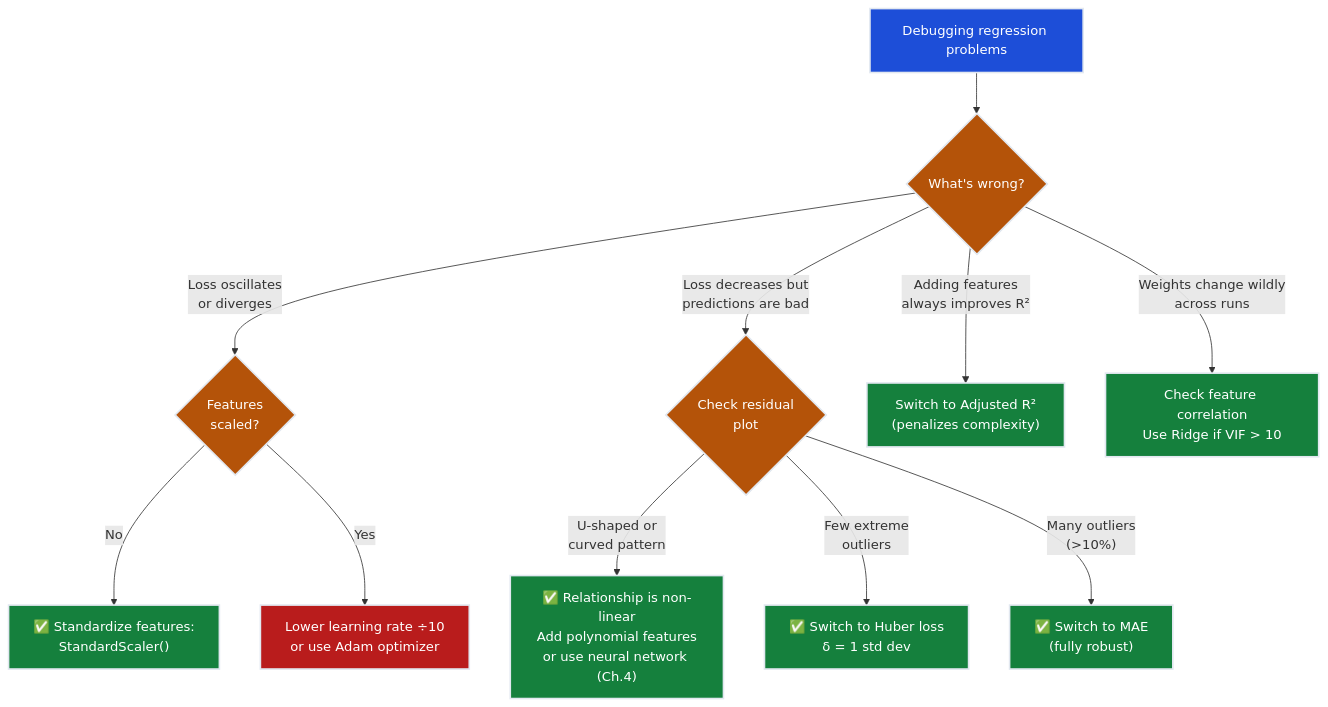
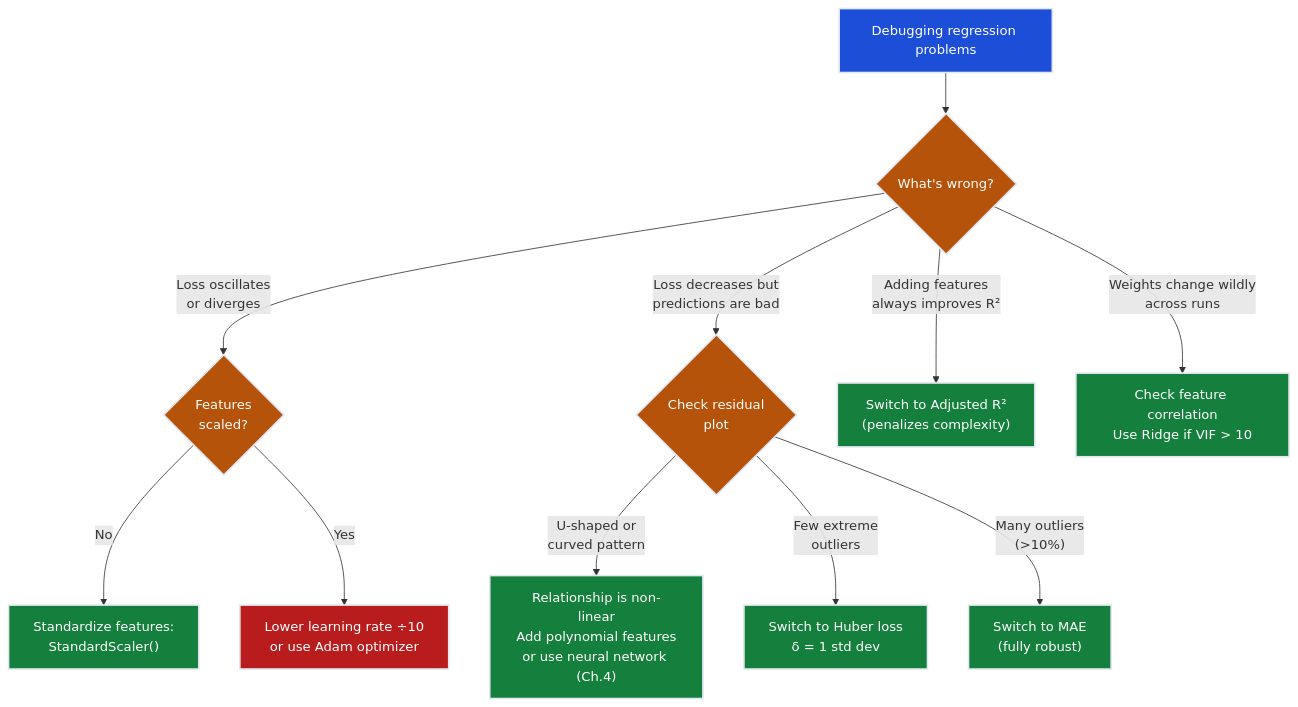
The fifth of 5 diagrams in notes/01-ml/01-regression/ch01_linear_regression/README.md (dsgouda7/ai-portfolio), drawn with Mermaid before and after one commit. The commit also changed other lines of this file and 179 other files, not shown here.

````diff
--- a/notes/01-ml/01-regression/ch01_linear_regression/README.md
+++ b/notes/01-ml/01-regression/ch01_linear_regression/README.md
@@ -1230,28 +1228,28 @@
 ```mermaid
 flowchart TD
-    PROBLEM["Debugging regression problems"] --> SYMPTOM{"What's wrong?"}
+ PROBLEM["Debugging regression problems"] --> SYMPTOM{"What's wrong?"}
 
-    SYMPTOM -->|"Loss oscillates<br/>or diverges"| SCALE{"Features<br/>scaled?"}
-    SYMPTOM -->|"Loss decreases but<br/>predictions are bad"| RESIDUAL{"Check residual<br/>plot"}
-    SYMPTOM -->|"Adding features<br/>always improves R²"| METRIC["Switch to Adjusted R²<br/>(penalizes complexity)"]
-    SYMPTOM -->|"Weights change wildly<br/>across runs"| CORR["Check feature correlation<br/>Use Ridge if VIF > 10"]
+ SYMPTOM -->|"Loss oscillates<br/>or diverges"| SCALE{"Features<br/>scaled?"}
+ SYMPTOM -->|"Loss decreases but<br/>predictions are bad"| RESIDUAL{"Check residual<br/>plot"}
+ SYMPTOM -->|"Adding features<br/>always improves R²"| METRIC["Switch to Adjusted R²<br/>(penalizes complexity)"]
+ SYMPTOM -->|"Weights change wildly<br/>across runs"| CORR["Check feature correlation<br/>Use Ridge if VIF > 10"]
 
-    SCALE -->|"No"| FIX1["✅ Standardize features:<br/>StandardScaler()"]
-    SCALE -->|"Yes"| LR["Lower learning rate ÷10<br/>or use Adam optimizer"]
+ SCALE -->|"No"| FIX1[" Standardize features:<br/>StandardScaler()"]
+ SCALE -->|"Yes"| LR["Lower learning rate ÷10<br/>or use Adam optimizer"]
 
-    RESIDUAL -->|"U-shaped or<br/>curved pattern"| FIX2["✅ Relationship is non-linear<br/>Add polynomial features<br/>or use neural network (Ch.4)"]
-    RESIDUAL -->|"Few extreme<br/>outliers"| FIX3["✅ Switch to Huber loss<br/>δ = 1 std dev"]
-    RESIDUAL -->|"Many outliers<br/>(>10%)"| FIX4["✅ Switch to MAE<br/>(fully robust)"]
+ RESIDUAL -->|"U-shaped or<br/>curved pattern"| FIX2[" Relationship is non-linear<br/>Add polynomial features<br/>or use neural network (Ch.4)"]
+ RESIDUAL -->|"Few extreme<br/>outliers"| FIX3[" Switch to Huber loss<br/>δ = 1 std dev"]
+ RESIDUAL -->|"Many outliers<br/>(>10%)"| FIX4[" Switch to MAE<br/>(fully robust)"]
 
-    style PROBLEM fill:#1d4ed8,stroke:#e2e8f0,stroke-width:2px,color:#ffffff
-    style SYMPTOM fill:#b45309,stroke:#e2e8f0,stroke-width:2px,color:#ffffff
-    style FIX1 fill:#15803d,stroke:#e2e8f0,stroke-width:2px,color:#ffffff
-    style FIX2 fill:#15803d,stroke:#e2e8f0,stroke-width:2px,color:#ffffff
-    style FIX3 fill:#15803d,stroke:#e2e8f0,stroke-width:2px,color:#ffffff
-    style FIX4 fill:#15803d,stroke:#e2e8f0,stroke-width:2px,color:#ffffff
-    style METRIC fill:#15803d,stroke:#e2e8f0,stroke-width:2px,color:#ffffff
-    style CORR fill:#15803d,stroke:#e2e8f0,stroke-width:2px,color:#ffffff
-    style SCALE fill:#b45309,stroke:#e2e8f0,stroke-width:2px,color:#ffffff
-    style RESIDUAL fill:#b45309,stroke:#e2e8f0,stroke-width:2px,color:#ffffff
-    style LR fill:#b91c1c,stroke:#e2e8f0,stroke-width:2px,color:#ffffff
+ style PROBLEM fill:#1d4ed8,stroke:#e2e8f0,stroke-width:2px,color:#ffffff
+ style SYMPTOM fill:#b45309,stroke:#e2e8f0,stroke-width:2px,color:#ffffff
+ style FIX1 fill:#15803d,stroke:#e2e8f0,stroke-width:2px,color:#ffffff
+ style FIX2 fill:#15803d,stroke:#e2e8f0,stroke-width:2px,color:#ffffff
+ style FIX3 fill:#15803d,stroke:#e2e8f0,stroke-width:2px,color:#ffffff
+ style FIX4 fill:#15803d,stroke:#e2e8f0,stroke-width:2px,color:#ffffff
+ style METRIC fill:#15803d,stroke:#e2e8f0,stroke-width:2px,color:#ffffff
+ style CORR fill:#15803d,stroke:#e2e8f0,stroke-width:2px,color:#ffffff
+ style SCALE fill:#b45309,stroke:#e2e8f0,stroke-width:2px,color:#ffffff
+ style RESIDUAL fill:#b45309,stroke:#e2e8f0,stroke-width:2px,color:#ffffff
+ style LR fill:#b91c1c,stroke:#e2e8f0,stroke-width:2px,color:#ffffff
 ```
````
